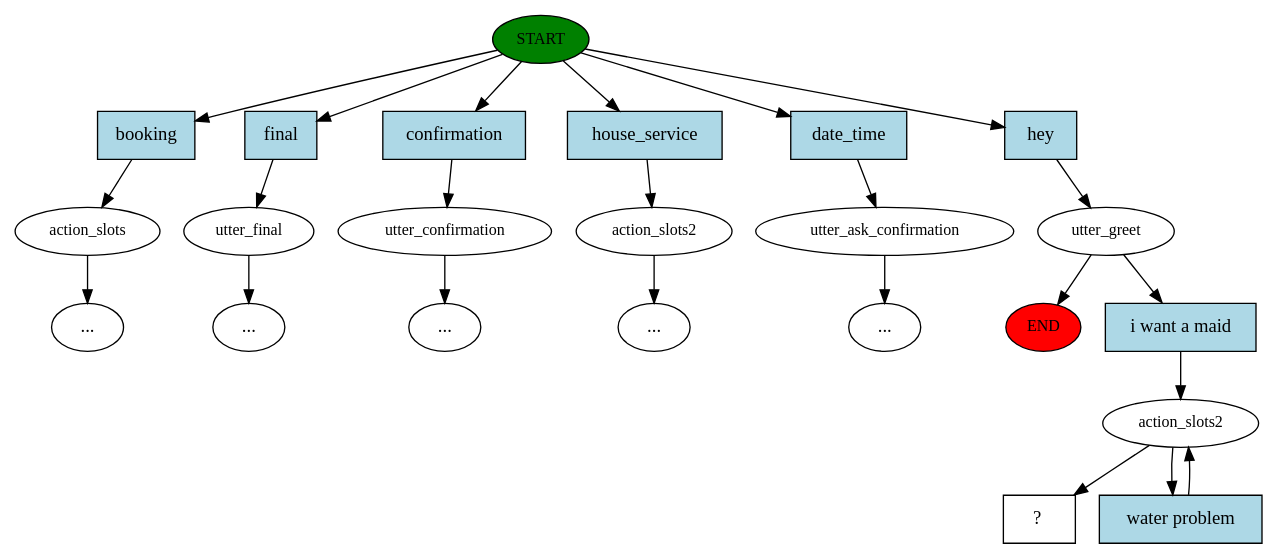
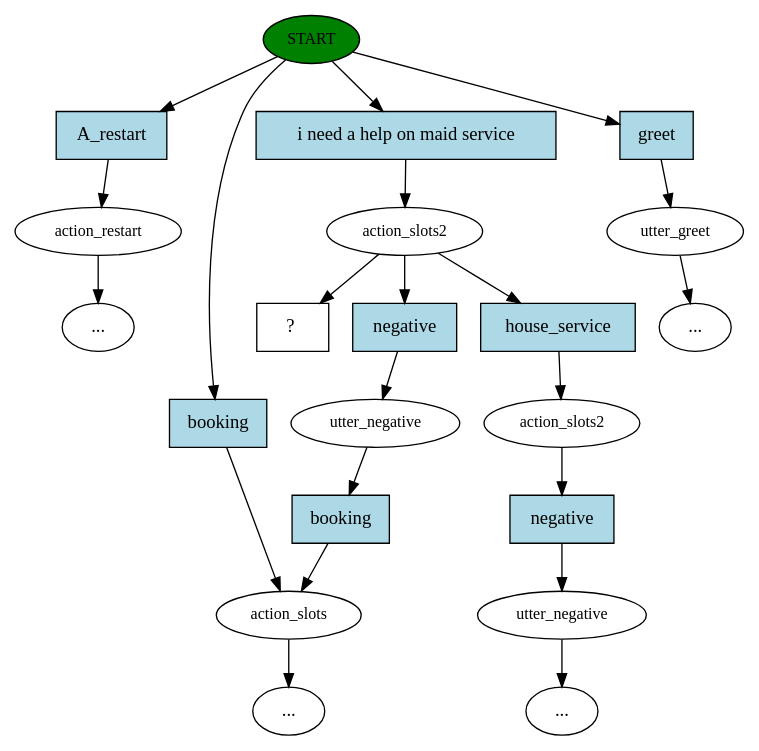
The diagram in story_graph.dot (shyam2718/NLP), drawn with Graphviz before and after one commit. The commit also changed 27 other files, not shown here.

```diff
--- a/story_graph.dot
+++ b/story_graph.dot
@@ -1,48 +1,44 @@
 digraph  {
 0 [label=START, fillcolor=green, style=filled, fontsize=12, class="start active"];
-"-1" [label=END, fillcolor=red, style=filled, fontsize=12, class=end];
-1 [label=action_slots, fontsize=12, class=""];
+1 [label=action_restart, fontsize=12, class=""];
 "-3" [label="...", class=ellipsis];
-2 [label=utter_final, fontsize=12, class=""];
-"-4" [label="...", class=ellipsis];
-3 [label=utter_confirmation, fontsize=12, class=""];
-"-5" [label="...", class=ellipsis];
-4 [label=action_slots2, fontsize=12, class=""];
+2 [label=action_slots, fontsize=12, class=""];
+3 [label=action_slots2, fontsize=12, class=active];
+4 [label=utter_negative, fontsize=12, class=""];
+7 [label=action_slots2, fontsize=12, class=""];
+8 [label=utter_negative, fontsize=12, class=""];
 "-6" [label="...", class=ellipsis];
-5 [label=utter_ask_confirmation, fontsize=12, class=""];
-"-7" [label="...", class=ellipsis];
-6 [label=utter_greet, fontsize=12, class=active];
-8 [label=action_slots2, fontsize=12, class=active];
-10 [label="  ?  ", shape=rect, class="intent dashed active"];
-11 [label=booking, shape=rect, style=filled, fillcolor=lightblue, class=intent];
-12 [label=final, shape=rect, style=filled, fillcolor=lightblue, class=intent];
-13 [label=confirmation, shape=rect, style=filled, fillcolor=lightblue, class=intent];
-14 [label=house_service, shape=rect, style=filled, fillcolor=lightblue, class=intent];
-15 [label=date_time, shape=rect, style=filled, fillcolor=lightblue, class=intent];
-16 [label=hey, shape=rect, style=filled, fillcolor=lightblue, class="intent active"];
-17 [label="i want a maid", shape=rect, style=filled, fillcolor=lightblue, class="intent active"];
-18 [label="water problem", shape=rect, style=filled, fillcolor=lightblue, class="intent active"];
-0 -> 11  [key=0, class=""];
-0 -> 12  [key=0, class=""];
-0 -> 13  [key=0, class=""];
-0 -> 14  [key=0, class=""];
-0 -> 15  [key=0, class=""];
-0 -> 16  [key=0, class=active];
+10 [label=utter_greet, fontsize=12, class=""];
+"-11" [label="...", class=ellipsis];
+"-12" [label="...", class=ellipsis];
+16 [label="  ?  ", shape=rect, class="intent dashed active"];
+17 [label=A_restart, shape=rect, style=filled, fillcolor=lightblue, class=intent];
+18 [label=booking, shape=rect, style=filled, fillcolor=lightblue, class=intent];
+19 [label="i need a help on maid service", shape=rect, style=filled, fillcolor=lightblue, class="intent active"];
+20 [label=greet, shape=rect, style=filled, fillcolor=lightblue, class=intent];
+21 [label=negative, shape=rect, style=filled, fillcolor=lightblue, class=intent];
+22 [label=house_service, shape=rect, style=filled, fillcolor=lightblue, class=intent];
+23 [label=booking, shape=rect, style=filled, fillcolor=lightblue, class=intent];
+24 [label=negative, shape=rect, style=filled, fillcolor=lightblue, class=intent];
+0 -> 17  [key=0, class=""];
+0 -> 18  [key=0, class=""];
+0 -> 19  [key=0, class=active];
+0 -> 20  [key=0, class=""];
 1 -> "-3"  [key=NONE, label="", class=""];
-2 -> "-4"  [key=NONE, label="", class=""];
-3 -> "-5"  [key=NONE, label="", class=""];
-4 -> "-6"  [key=NONE, label="", class=""];
-5 -> "-7"  [key=NONE, label="", class=""];
-6 -> "-1"  [key=NONE, label="", class=""];
-6 -> 17  [key=0, class=active];
-8 -> 10  [key=NONE, label="", class=active];
-8 -> 18  [key=0, class=active];
-11 -> 1  [key=0, class=""];
-12 -> 2  [key=0, class=""];
-13 -> 3  [key=0, class=""];
-14 -> 4  [key=0, class=""];
-15 -> 5  [key=0, class=""];
-16 -> 6  [key=0, class=active];
-17 -> 8  [key=0, class=active];
-18 -> 8  [key=0, class=active];
+2 -> "-11"  [key=NONE, label="", class=""];
+3 -> 16  [key=NONE, label="", class=active];
+3 -> 21  [key=0, class=""];
+3 -> 22  [key=0, class=""];
+4 -> 23  [key=0, class=""];
+7 -> 24  [key=0, class=""];
+8 -> "-6"  [key=NONE, label="", class=""];
+10 -> "-12"  [key=NONE, label="", class=""];
+17 -> 1  [key=0, class=""];
+18 -> 2  [key=0, class=""];
+19 -> 3  [key=0, class=active];
+20 -> 10  [key=0, class=""];
+21 -> 4  [key=0, class=""];
+22 -> 7  [key=0, class=""];
+23 -> 2  [key=0, class=""];
+24 -> 8  [key=0, class=""];
 }
```
